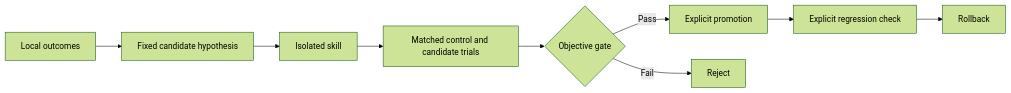
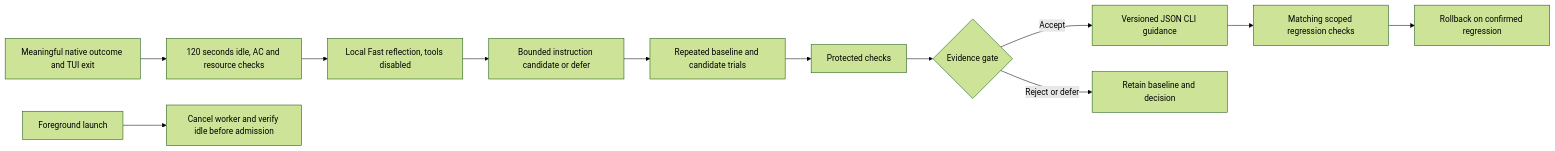
One commit to PranavMishra28/kryn changed the second of 2 diagrams in README.md. Above: the diagram before and after it, drawn with Mermaid (forest theme). The commit also changed other lines of this file and 33 other files, not shown here.

Commit message:
Package private KRYN client with safe profiles and bounded native learning

````diff
--- a/README.md
+++ b/README.md
@@ -105,11 +77,14 @@
 ```mermaid
 flowchart LR
-    O[Local outcomes] --> H[Fixed candidate hypothesis]
-    H --> C[Isolated skill]
-    C --> E[Matched control and candidate trials]
-    E --> G{Objective gate}
-    G -->|Pass| P[Explicit promotion]
-    G -->|Fail| R[Reject]
-    P --> M[Explicit regression check]
-    M --> B[Rollback]
+    E[Meaningful native outcome and TUI exit] --> I[120 seconds idle, AC and resource checks]
+    I --> R[Local Fast reflection, tools disabled]
+    R --> C[Bounded instruction candidate or defer]
+    C --> P[Repeated baseline and candidate trials]
+    P --> H[Protected checks]
+    H --> D{Evidence gate}
+    D -->|Accept| V[Versioned JSON CLI guidance]
+    D -->|Reject or defer| N[Retain baseline and decision]
+    V --> M[Matching scoped regression checks]
+    M --> B[Rollback on confirmed regression]
+    F[Foreground launch] --> Y[Cancel worker and verify idle before admission]
 ```
````
